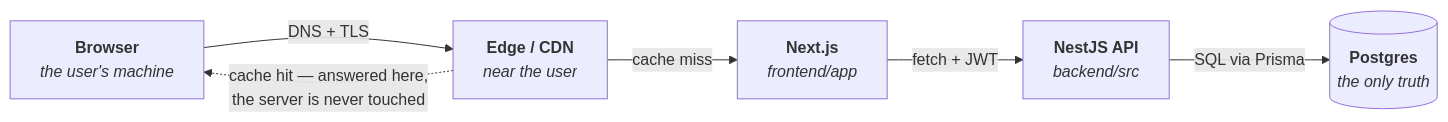
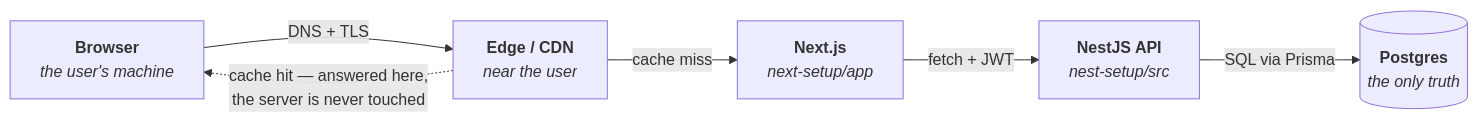
The second of 2 diagrams in docs/from-idea-to-click.md (Hckerson/next-setup), drawn with Mermaid before and after one commit. The commit also changed other lines of this file and 5 other files, not shown here.

````diff
--- a/docs/from-idea-to-click.md
+++ b/docs/from-idea-to-click.md
@@ -46,14 +46,14 @@
 ```mermaid
 flowchart LR
     Browser["<b>Browser</b><br/><i>the user's machine</i>"]
     Edge["<b>Edge / CDN</b><br/><i>near the user</i>"]
-    Next["<b>Next.js</b><br/><i>frontend/app</i>"]
-    API["<b>NestJS API</b><br/><i>backend/src</i>"]
+    Next["<b>Next.js</b><br/><i>next-setup/app</i>"]
+    API["<b>NestJS API</b><br/><i>nest-setup/src</i>"]
     DB[("<b>Postgres</b><br/><i>the only truth</i>")]
 
     Browser -->|DNS + TLS| Edge
     Edge -->|cache miss| Next
     Next -->|fetch + JWT| API
     API -->|SQL via Prisma| DB
     Edge -.->|"cache hit — answered here,<br/>the server is never touched"| Browser
 ```
````
